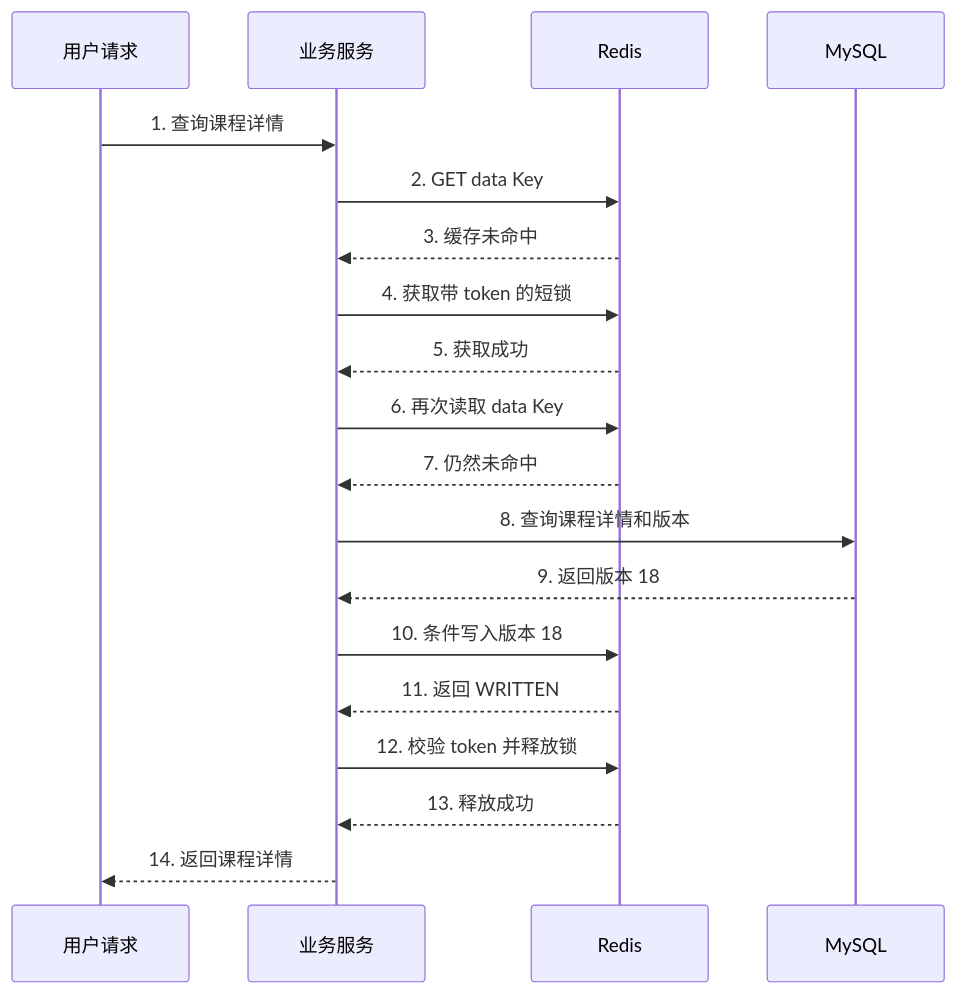
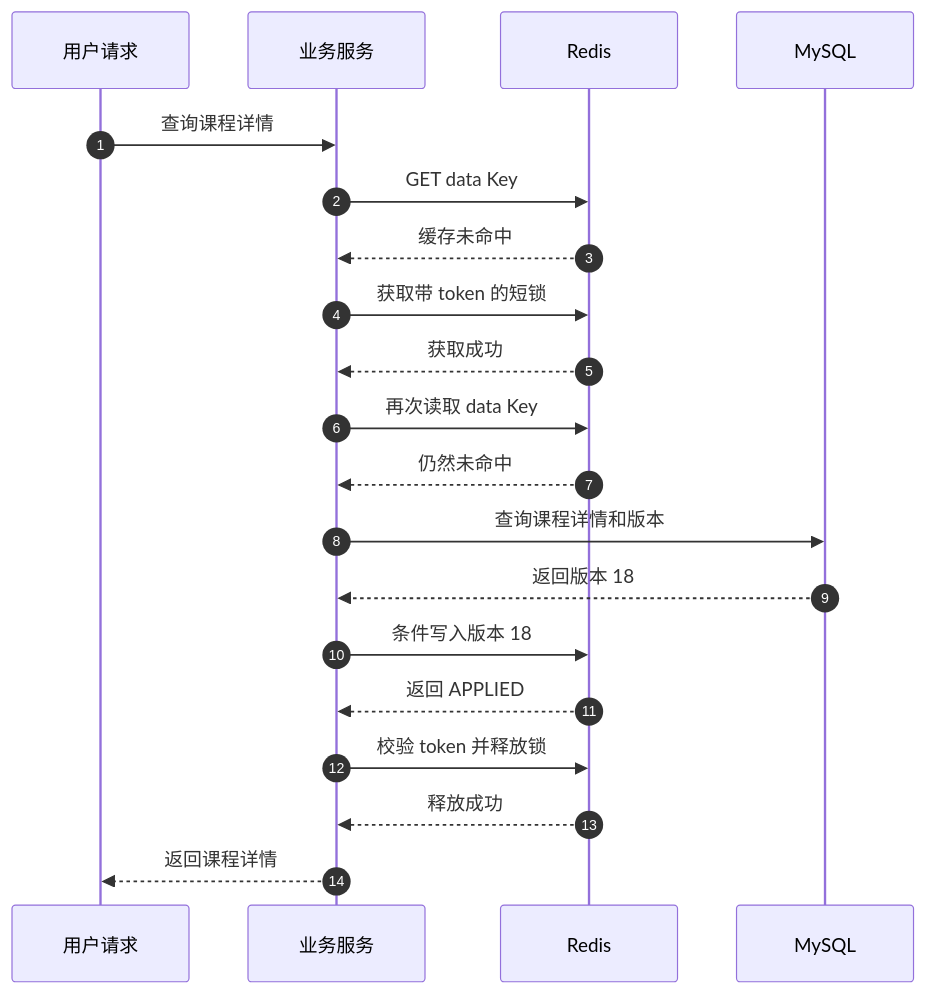
Before and after one commit to zdl20251023-pixel/agent-frame: the sixth of 27 diagrams in docs/redis/126-redis-4种缓存模式-分享版-极简版.md, drawn with Mermaid. The commit also changed other lines of this file, not shown here.

Commit message:
redis 四大缓存模式 分享-极简版

````diff
--- a/docs/redis/126-redis-4种缓存模式-分享版-极简版.md
+++ b/docs/redis/126-redis-4种缓存模式-分享版-极简版.md
@@ -242,28 +238,29 @@
 ```mermaid
 sequenceDiagram
+    autonumber
     participant Client as 用户请求
     participant Service as 业务服务
     participant Redis as Redis
     participant MySQL as MySQL
 
-    Client->>Service: 1. 查询课程详情
-    Service->>Redis: 2. GET data Key
-    Redis-->>Service: 3. 缓存未命中
+    Client->>Service: 查询课程详情
+    Service->>Redis: GET data Key
+    Redis-->>Service: 缓存未命中
 
-    Service->>Redis: 4. 获取带 token 的短锁
-    Redis-->>Service: 5. 获取成功
+    Service->>Redis: 获取带 token 的短锁
+    Redis-->>Service: 获取成功
 
-    Service->>Redis: 6. 再次读取 data Key
-    Redis-->>Service: 7. 仍然未命中
+    Service->>Redis: 再次读取 data Key
+    Redis-->>Service: 仍然未命中
 
-    Service->>MySQL: 8. 查询课程详情和版本
-    MySQL-->>Service: 9. 返回版本 18
+    Service->>MySQL: 查询课程详情和版本
+    MySQL-->>Service: 返回版本 18
 
-    Service->>Redis: 10. 条件写入版本 18
-    Redis-->>Service: 11. 返回 WRITTEN
+    Service->>Redis: 条件写入版本 18
+    Redis-->>Service: 返回 APPLIED
 
-    Service->>Redis: 12. 校验 token 并释放锁
-    Redis-->>Service: 13. 释放成功
+    Service->>Redis: 校验 token 并释放锁
+    Redis-->>Service: 释放成功
 
-    Service-->>Client: 14. 返回课程详情
+    Service-->>Client: 返回课程详情
 ```
````
